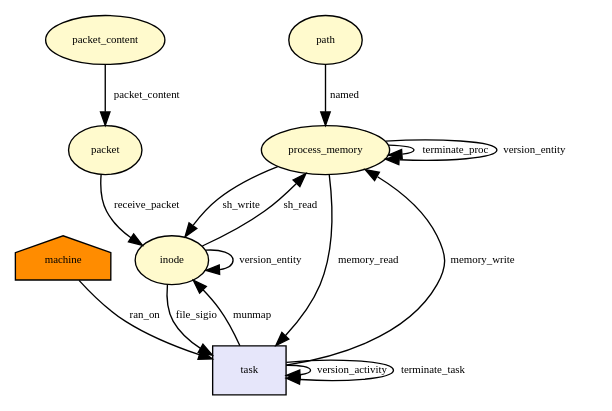
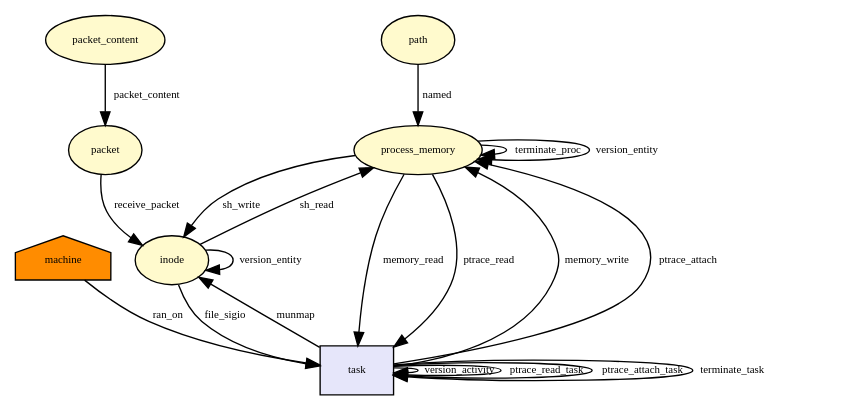
Before and after one commit to CamFlow/camflow-dev: the diagram in docs/dot/__x64_sys_ptrace.dot, drawn with Graphviz. The commit also changed 29 other files, not shown here.

```diff
--- a/docs/dot/__x64_sys_ptrace.dot
+++ b/docs/dot/__x64_sys_ptrace.dot
@@ -1,45 +1,53 @@
 digraph RGL__DirectedAdjacencyGraph {process_memory[fontsize = 8,label = process_memory,shape = ellipse, fillcolor="#fffacd", style = filled]
 
 process_memory -> process_memory[fontsize = 8,label = terminate_proc]
 
 inode[fontsize = 8,label = inode,shape = ellipse, fillcolor="#fffacd", style = filled]
 
 task[fontsize = 8,label = task,shape = rectangle, fillcolor="#e6e6fa", style = filled]
 
 inode -> task[fontsize = 8,label = file_sigio]
 
 task -> process_memory[fontsize = 8,label = memory_write]
 
 task -> task[fontsize = 8,label = version_activity]
 
 process_memory -> process_memory[fontsize = 8,label = version_entity]
 
 process_memory -> inode[fontsize = 8,label = sh_write]
 
 inode -> inode[fontsize = 8,label = version_entity]
 
 path[fontsize = 8,label = path,shape = ellipse, fillcolor="#fffacd", style = filled]
 
 path -> process_memory[fontsize = 8,label = named]
 
 machine[fontsize = 8,label = machine,shape = house, fillcolor="#ff8c00", style = filled]
 
 machine -> task[fontsize = 8,label = ran_on]
 
 process_memory -> task[fontsize = 8,label = memory_read]
 
 task -> inode[fontsize = 8,label = munmap]
 
 inode -> process_memory[fontsize = 8,label = sh_read]
 
+task -> task[fontsize = 8,label = ptrace_read_task]
+
+process_memory -> task[fontsize = 8,label = ptrace_read]
+
+task -> process_memory[fontsize = 8,label = ptrace_attach]
+
+task -> task[fontsize = 8,label = ptrace_attach_task]
+
 packet_content[fontsize = 8,label = packet_content,shape = ellipse, fillcolor="#fffacd", style = filled]
 
 packet[fontsize = 8,label = packet,shape = ellipse, fillcolor="#fffacd", style = filled]
 
 packet_content -> packet[fontsize = 8,label = packet_content]
 
 packet -> inode[fontsize = 8,label = receive_packet]
 
 task -> task[fontsize = 8,label = terminate_task]
 
 }
```
